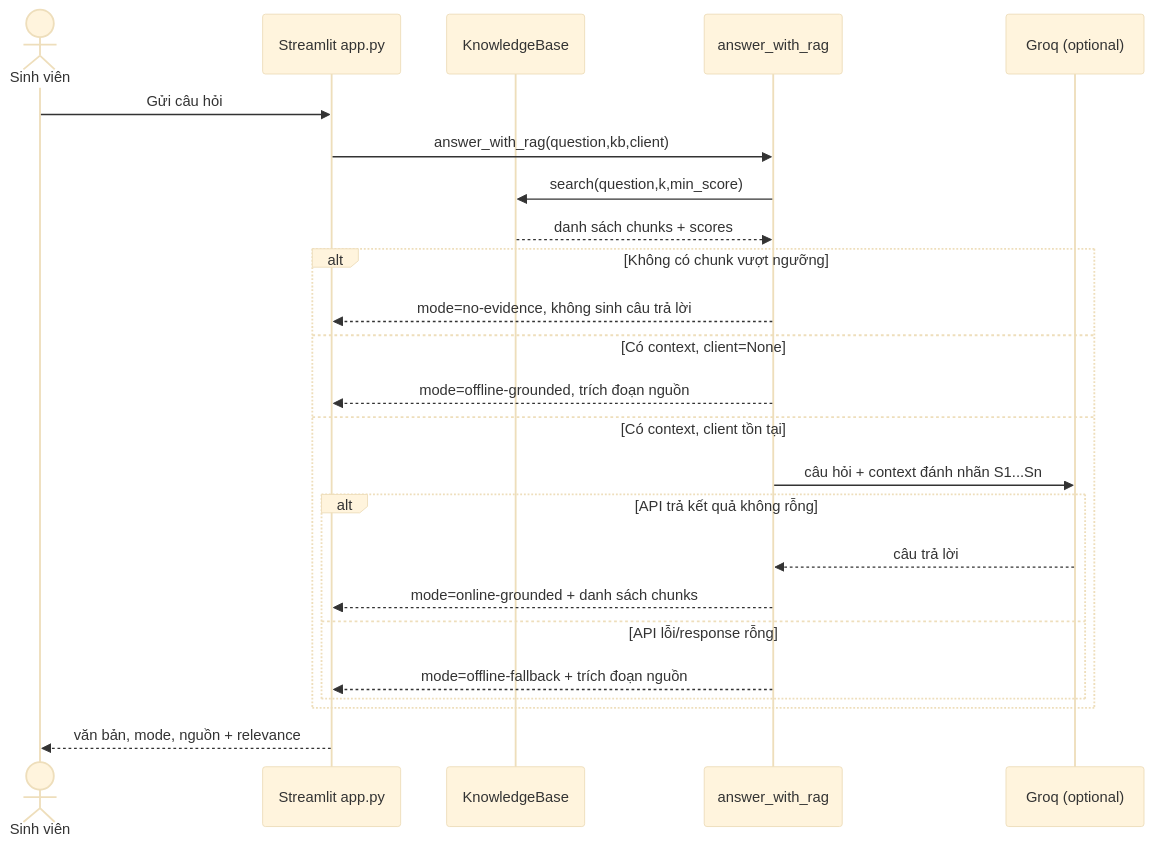
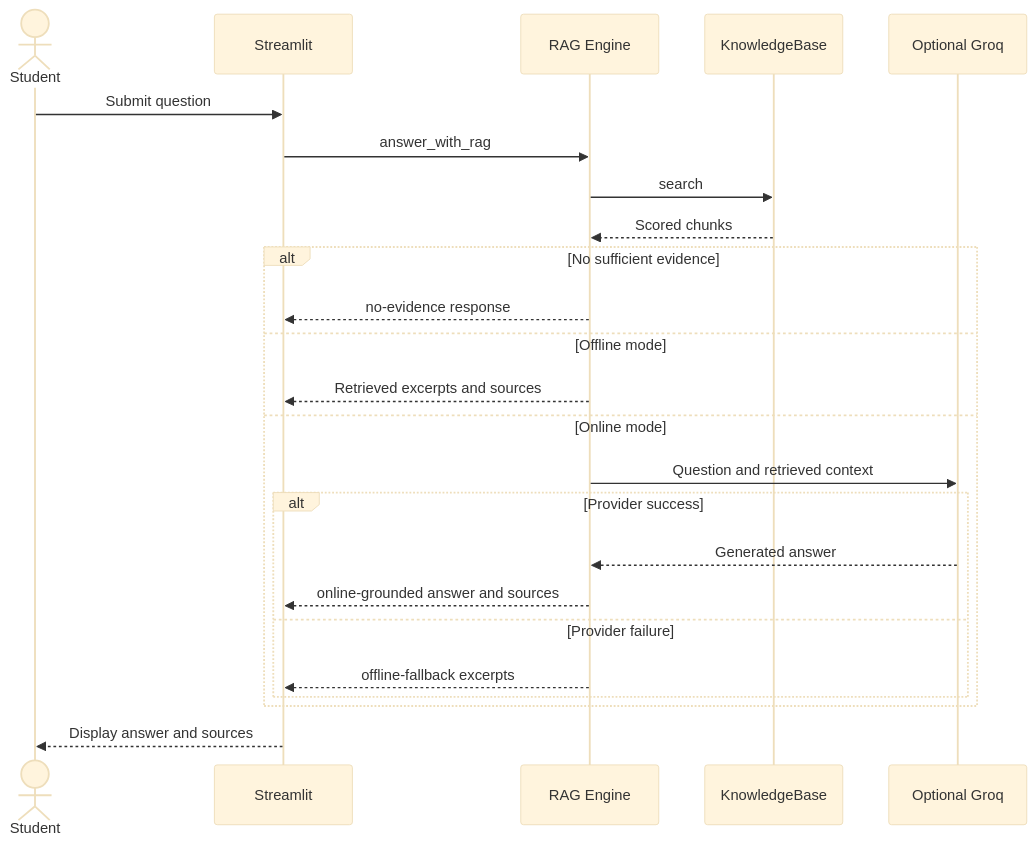
One commit to levanmanh268/cmc-ai-mentor-network changed the fourth of 5 diagrams in docs/architecture.md. Above: the diagram before and after it, drawn with Mermaid (base theme). The commit also changed other lines of this file, not shown here.

First line of the commit message:
fix: use conservative GitHub-compatible Mermaid grammar in all 5 diagrams

````diff
--- a/docs/architecture.md
+++ b/docs/architecture.md
@@ -118,26 +110,26 @@
 ```mermaid
 sequenceDiagram
-    actor Student as Sinh viên
-    participant UI as Streamlit app.py
+    actor Student as Student
+    participant UI as Streamlit
+    participant RAG as RAG Engine
     participant KB as KnowledgeBase
-    participant Engine as answer_with_rag
-    participant LLM as Groq (optional)
-    Student->>UI: Gửi câu hỏi
-    UI->>Engine: answer_with_rag(question,kb,client)
-    Engine->>KB: search(question,k,min_score)
-    KB-->>Engine: danh sách chunks + scores
-    alt Không có chunk vượt ngưỡng
-        Engine-->>UI: mode=no-evidence, không sinh câu trả lời
-    else Có context, client=None
-        Engine-->>UI: mode=offline-grounded, trích đoạn nguồn
-    else Có context, client tồn tại
-        Engine->>LLM: câu hỏi + context đánh nhãn S1...Sn
-        alt API trả kết quả không rỗng
-            LLM-->>Engine: câu trả lời
-            Engine-->>UI: mode=online-grounded + danh sách chunks
-        else API lỗi/response rỗng
-            Engine-->>UI: mode=offline-fallback + trích đoạn nguồn
+    participant LLM as Optional Groq
+    Student->>UI: Submit question
+    UI->>RAG: answer_with_rag
+    RAG->>KB: search
+    KB-->>RAG: Scored chunks
+    alt No sufficient evidence
+        RAG-->>UI: no-evidence response
+    else Offline mode
+        RAG-->>UI: Retrieved excerpts and sources
+    else Online mode
+        RAG->>LLM: Question and retrieved context
+        alt Provider success
+            LLM-->>RAG: Generated answer
+            RAG-->>UI: online-grounded answer and sources
+        else Provider failure
+            RAG-->>UI: offline-fallback excerpts
         end
     end
-    UI-->>Student: văn bản, mode, nguồn + relevance
+    UI-->>Student: Display answer and sources
 ```
````
